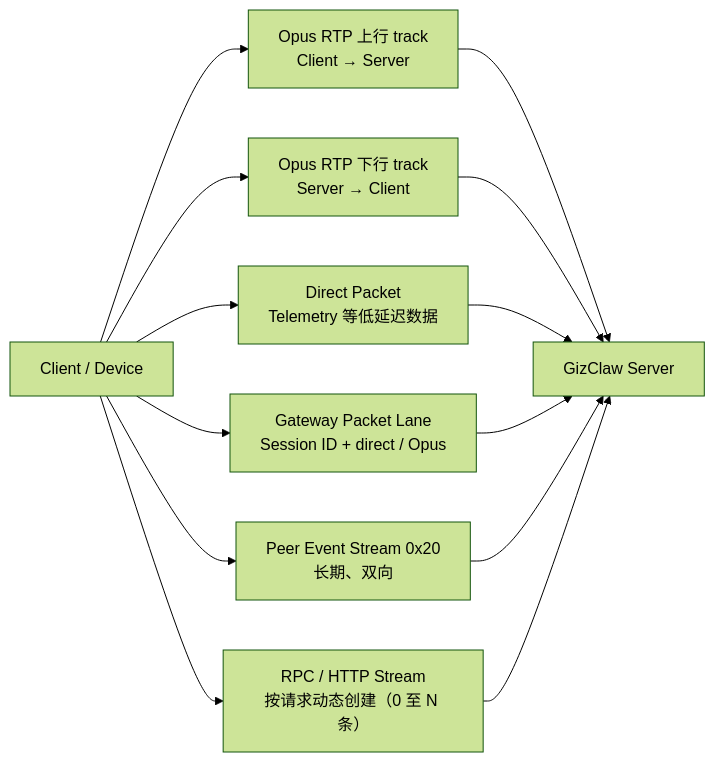
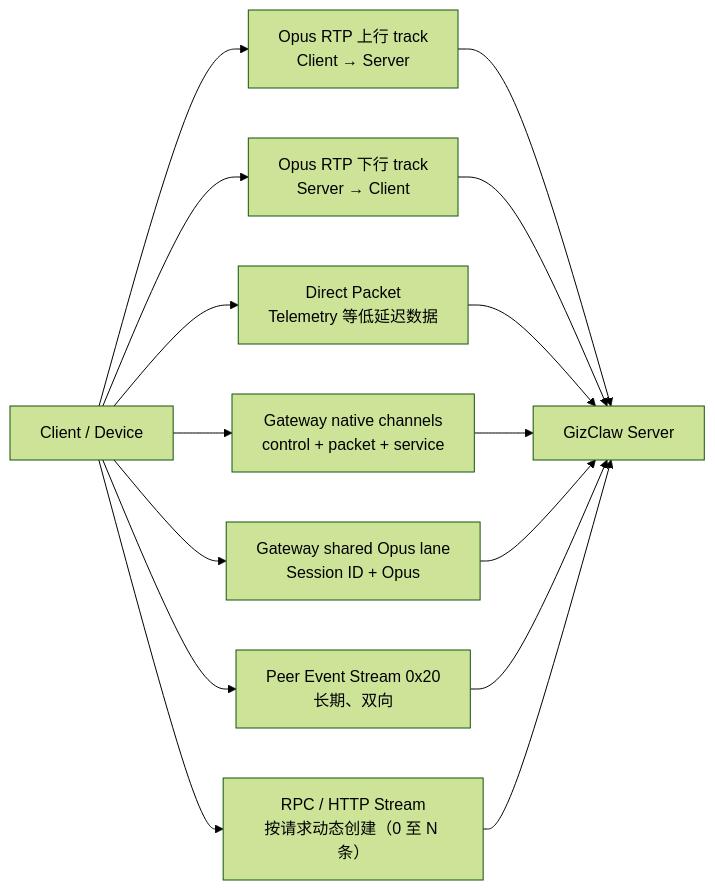
Before and after one commit to GizClaw/gizclaw: the diagram in guides/references/streams.md, drawn with Mermaid (forest theme). The commit also changed other lines of this file and 41 other files, not shown here.

First line of the commit message:
giznet/giztunnel: bind edge sessions to native WebRTC channels

````diff
--- a/guides/references/streams.md
+++ b/guides/references/streams.md
@@ -5,9 +5,10 @@
 ```mermaid
 flowchart LR
     Client["Client / Device"] --> MediaUp["Opus RTP 上行 track<br/>Client → Server"] --> Server["GizClaw Server"]
     Client --> MediaDown["Opus RTP 下行 track<br/>Server → Client"] --> Server
     Client --> Packet["Direct Packet<br/>Telemetry 等低延迟数据"] --> Server
-    Client --> EdgePacket["Gateway Packet Lane<br/>Session ID + direct / Opus"] --> Server
+    Client --> EdgeChannels["Gateway native channels<br/>control + packet + service"] --> Server
+    Client --> EdgeOpus["Gateway shared Opus lane<br/>Session ID + Opus"] --> Server
     Client --> Events["Peer Event Stream 0x20<br/>长期、双向"] --> Server
     Client --> Services["RPC / HTTP Stream<br/>按请求动态创建（0 至 N 条）"] --> Server
 ```
````
